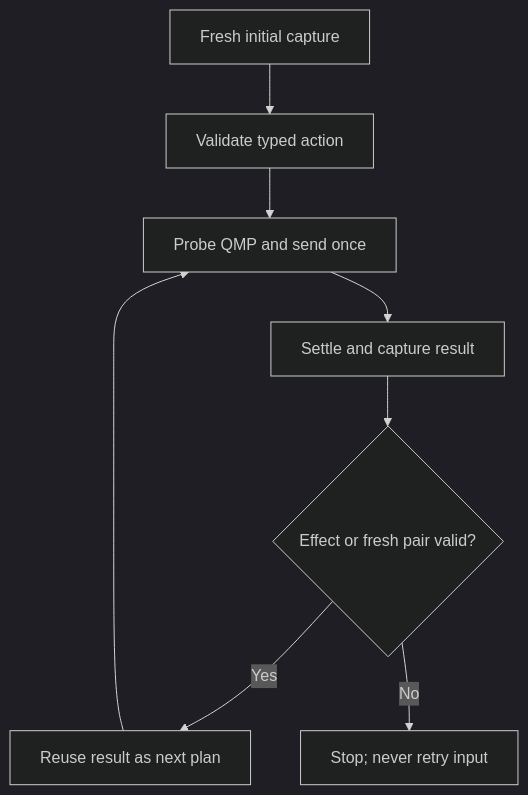
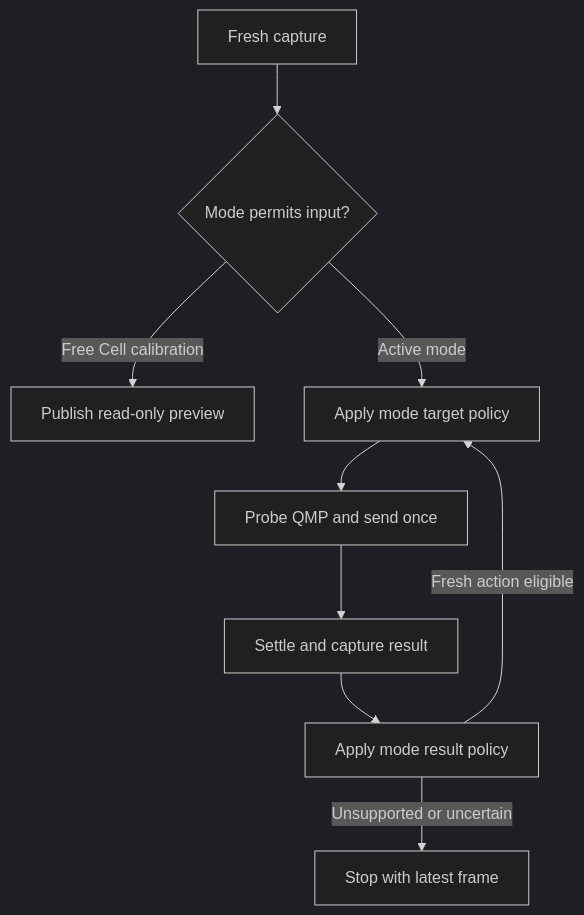
The diagram in docs/architecture.md (xSAR-research/qmp-qemu-socket), drawn with Mermaid (dark theme) before and after one commit. The commit also changed other lines of this file and 15 other files, not shown here.

````diff
--- a/docs/architecture.md
+++ b/docs/architecture.md
@@ -41,10 +54,11 @@
 ```mermaid
 flowchart TD
-    A["Fresh initial capture"] --> B["Validate typed action"]
-    B --> C["Probe QMP and send once"]
-    C --> D["Settle and capture result"]
-    D --> E{"Effect or fresh pair valid?"}
-    E -->|"Yes"| F["Reuse result as next plan"]
-    E -->|"No"| G["Stop; never retry input"]
-    F --> C
+    A["Fresh capture"] --> B{"Mode permits input?"}
+    B -->|"Free Cell calibration"| C["Publish read-only preview"]
+    B -->|"Active mode"| D["Apply mode target policy"]
+    D --> E["Probe QMP and send once"]
+    E --> F["Settle and capture result"]
+    F --> G["Apply mode result policy"]
+    G -->|"Fresh action eligible"| D
+    G -->|"Unsupported or uncertain"| H["Stop with latest frame"]
 ```
````
